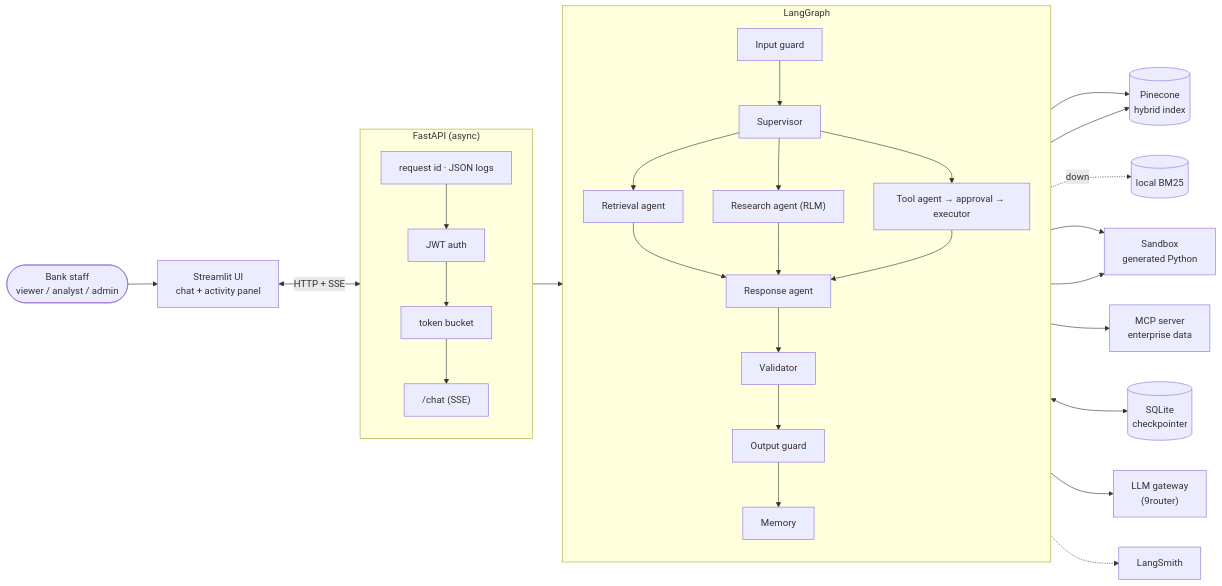
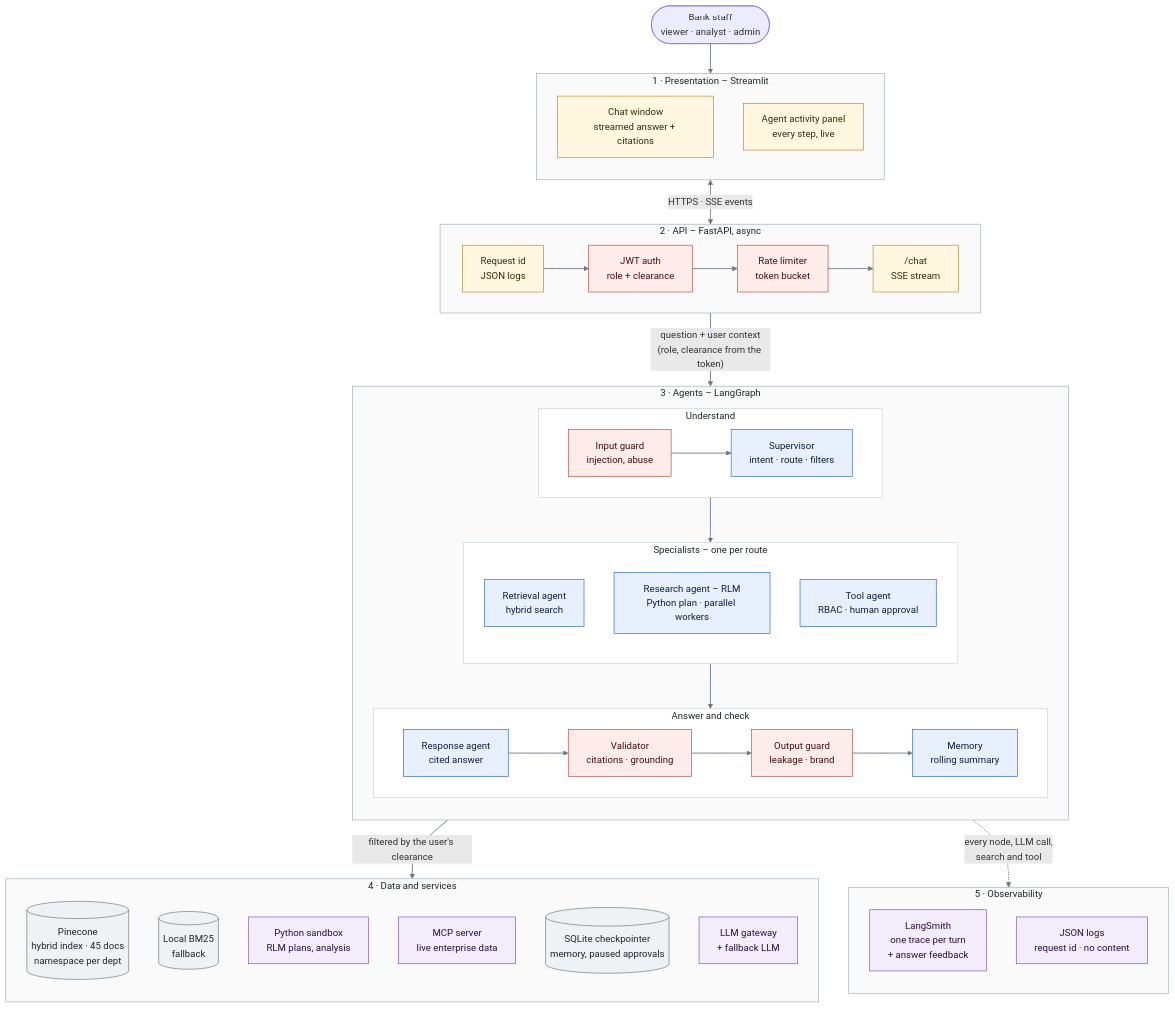
Before and after one commit to ZionTechLab/orysys-ai-assistant: the diagram in README.md, drawn with Mermaid. The commit also changed other lines of this file and 9 other files, not shown here.

````diff
--- a/README.md
+++ b/README.md
@@ -46,27 +46,76 @@
 ```mermaid
-flowchart LR
-    user(["Bank staff<br/>viewer / analyst / admin"]) --> ui["Streamlit UI<br/>chat + activity panel"]
-    ui <-->|"HTTP + SSE"| api
+flowchart TB
+    user(["Bank staff<br/>viewer · analyst · admin"])
 
-    subgraph api["FastAPI (async)"]
+    subgraph L1["1 · Presentation – Streamlit"]
         direction TB
-        mw["request id · JSON logs"] --> auth["JWT auth"] --> rl["token bucket"] --> chat["/chat (SSE)"]
+        chat["Chat window<br/>streamed answer + citations"]
+        panel["Agent activity panel<br/>every step, live"]
     end
 
-    subgraph lg["LangGraph"]
-        direction TB
-        gin["Input guard"] --> sup["Supervisor"]
-        sup --> ret["Retrieval agent"] & res["Research agent (RLM)"] & tool["Tool agent → approval → executor"]
-        ret & res & tool --> resp["Response agent"] --> val["Validator"] --> gout["Output guard"] --> memn["Memory"]
+    subgraph L2["2 · API – FastAPI, async"]
+        direction LR
+        mw["Request id<br/>JSON logs"] --> auth["JWT auth<br/>role + clearance"] --> rl["Rate limiter<br/>token bucket"] --> sse["/chat<br/>SSE stream"]
     end
 
-    chat --> gin
-    ret & res --> pc[("Pinecone<br/>hybrid index")]
-    ret -.->|"down"| bm25[("local BM25")]
-    res --> sbx["Sandbox<br/>generated Python"]
-    tool --> mcp["MCP server<br/>enterprise data"]
-    tool --> sbx
-    lg <--> ck[("SQLite<br/>checkpointer")]
-    lg --> llm["LLM gateway<br/>(9router)"]
-    lg -.-> ls["LangSmith"]
+    subgraph L3["3 · Agents – LangGraph"]
+        direction TB
+        subgraph ENTRY["Understand"]
+            direction LR
+            gin["Input guard<br/>injection, abuse"] --> sup["Supervisor<br/>intent · route · filters"]
+        end
+        subgraph SPEC["Specialists – one per route"]
+            direction TB
+            ret["Retrieval agent<br/>hybrid search"]
+            res["Research agent – RLM<br/>Python plan · parallel workers"]
+            tool["Tool agent<br/>RBAC · human approval"]
+        end
+        subgraph CHECK["Answer and check"]
+            direction LR
+            resp["Response agent<br/>cited answer"] --> val["Validator<br/>citations · grounding"] --> gout["Output guard<br/>leakage · brand"] --> memn["Memory<br/>rolling summary"]
+        end
+        ENTRY --> SPEC --> CHECK
+    end
+
+    subgraph L4["4 · Data and services"]
+        direction TB
+        pc[("Pinecone<br/>hybrid index · 45 docs<br/>namespace per dept")]
+        bm25[("Local BM25<br/>fallback")]
+        sbx["Python sandbox<br/>RLM plans, analysis"]
+        mcp["MCP server<br/>live enterprise data"]
+        ck[("SQLite checkpointer<br/>memory, paused approvals")]
+        llm["LLM gateway<br/>+ fallback LLM"]
+    end
+
+    subgraph OBS["5 · Observability"]
+        direction TB
+        ls["LangSmith<br/>one trace per turn<br/>+ answer feedback"]
+        logs["JSON logs<br/>request id · no content"]
+    end
+
+    user --> L1
+    L1 <-->|"HTTPS · SSE events"| L2
+    L2 -->|"question + user context<br/>(role, clearance from the token)"| L3
+    L3 -->|"filtered by the user's clearance"| L4
+    L3 -.->|"every node, LLM call,<br/>search and tool"| OBS
+
+    classDef agent fill:#e8f0fe,stroke:#1a56db,color:#0b1f44
+    classDef guard fill:#fdecea,stroke:#c0392b,color:#4a0e08
+    classDef store fill:#eef2f5,stroke:#5f6b76,color:#1d252c
+    classDef svc fill:#f3ecfb,stroke:#7b3fb6,color:#2b0f45
+    classDef io fill:#fff7e0,stroke:#b7791f,color:#3d2a05
+    class sup,ret,res,tool,resp,memn agent
+    class gin,val,gout,auth,rl guard
+    class pc,bm25,ck store
+    class sbx,mcp,llm,ls,logs svc
+    class chat,panel,mw,sse io
+    style L1 fill:#fafafa,stroke:#9aa5b1,color:#1d252c
+    style L2 fill:#fafafa,stroke:#9aa5b1,color:#1d252c
+    style L3 fill:#fafafa,stroke:#9aa5b1,color:#1d252c
+    style L4 fill:#fafafa,stroke:#9aa5b1,color:#1d252c
+    style OBS fill:#fafafa,stroke:#9aa5b1,color:#1d252c
+    style ENTRY fill:#ffffff,stroke:#c8d0d8,color:#1d252c
+    style SPEC fill:#ffffff,stroke:#c8d0d8,color:#1d252c
+    style CHECK fill:#ffffff,stroke:#c8d0d8,color:#1d252c
+    linkStyle default stroke:#6b7785,stroke-width:1.5px
 ```
````
